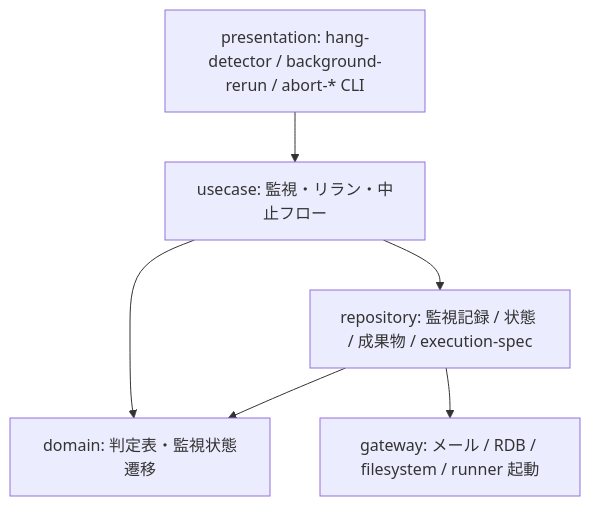
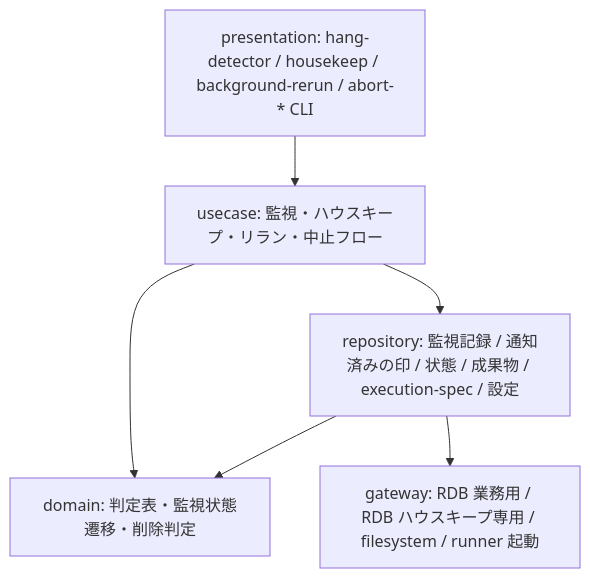
Before and after one commit to suwa-sh/relay-gate: the seventh of 7 diagrams in docs/README.md, drawn with Mermaid. The commit also changed other lines of this file and 3014 other files, not shown here.

````diff
--- a/docs/README.md
+++ b/docs/README.md
@@ -192,8 +198,8 @@
 ```mermaid
 graph TD
-P[presentation: hang-detector / background-rerun / abort-* CLI] --> U[usecase: 監視・リラン・中止フロー]
-U --> D[domain: 判定表・監視状態遷移]
-U --> R[repository: 監視記録 / 状態 / 成果物 / execution-spec]
+P[presentation: hang-detector / housekeep / background-rerun / abort-* CLI] --> U[usecase: 監視・ハウスキープ・リラン・中止フロー]
+U --> D[domain: 判定表・監視状態遷移・削除判定]
+U --> R[repository: 監視記録 / 通知済みの印 / 状態 / 成果物 / execution-spec / 設定]
 R --> D
-R --> G[gateway: メール / RDB / filesystem / runner 起動]
+R --> G[gateway: RDB 業務用 / RDB ハウスキープ専用 / filesystem / runner 起動]
 ```
````
